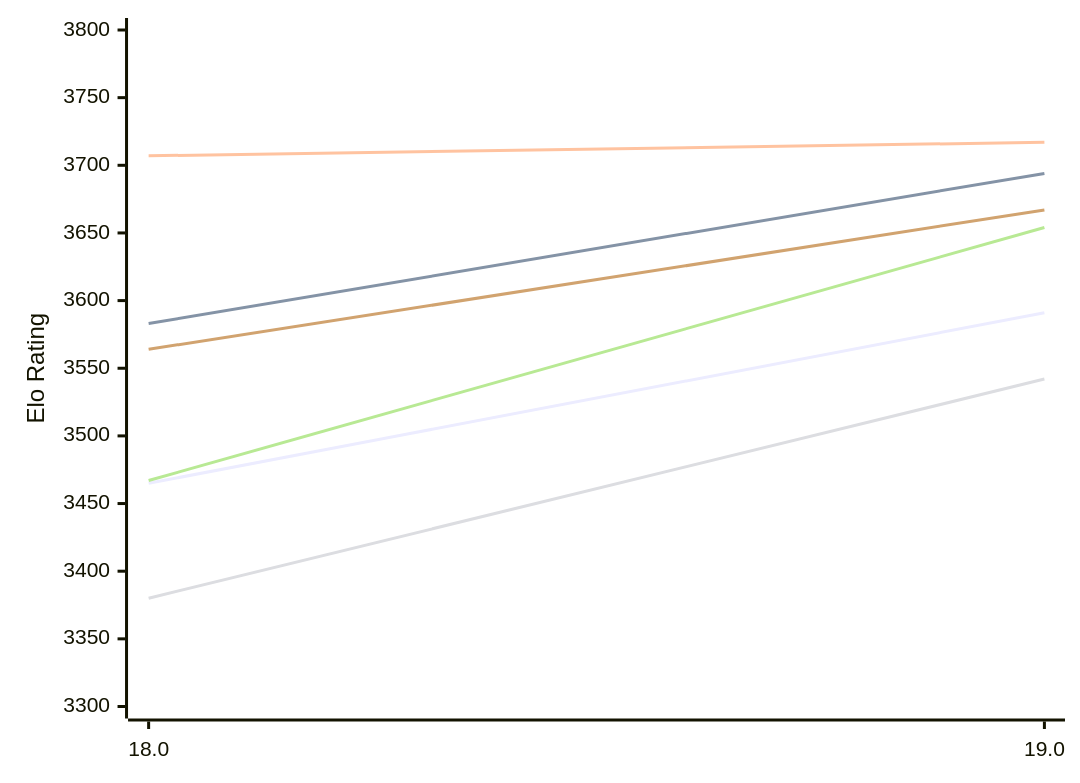
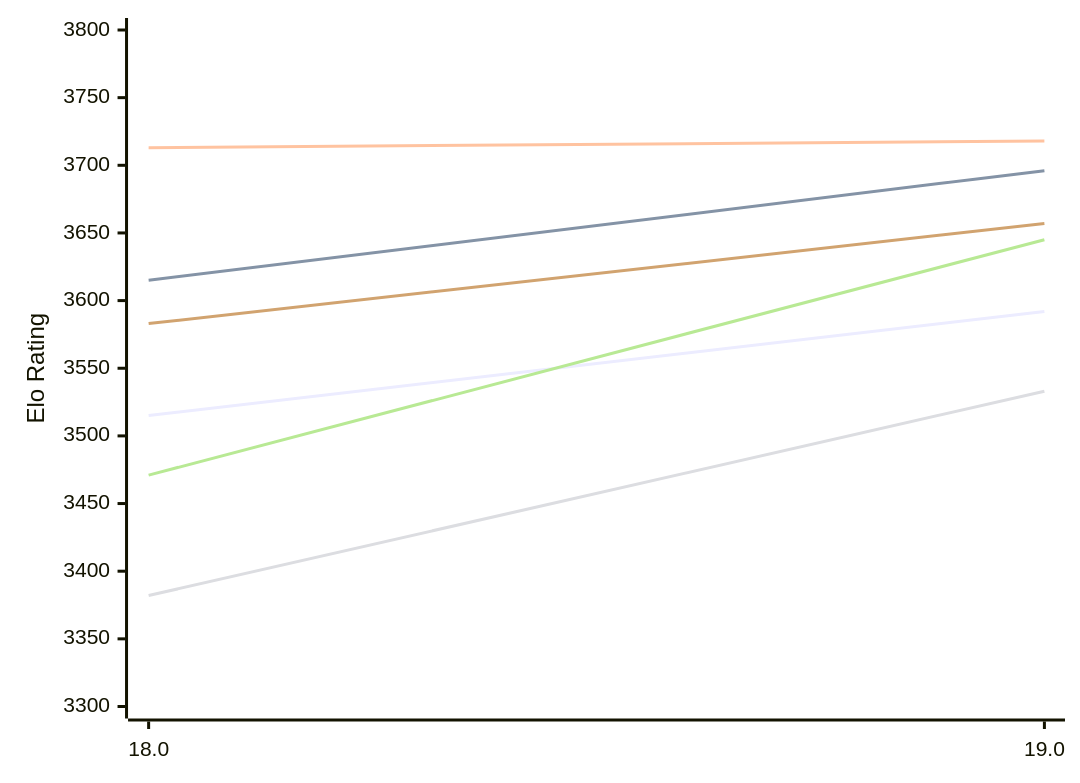
The first of 2 diagrams in engines/Stockfish.md (computer-chess-index/cci), drawn with Mermaid before and after one commit. The commit also changed other lines of this file, not shown here.

Commit message:
Update CCI Ratings (ELO VLTC) - 2026-11-15

````diff
--- a/engines/Stockfish.md
+++ b/engines/Stockfish.md
@@ -64,12 +64,12 @@
 ```mermaid
 %%{init: {"theme":"base","themeVariables":{"seriesColors:['#a3a3a3','#222221','#faa371']}}}%%
 xychart-beta
   x-axis ["18.0", "19.0"]
   y-axis "Elo Rating" 3300 --> 3800
-  line "E1: STC (8.0+0.08s)" [3465, 3591]
-  line "E1: LTC (60.0+0.60s)" [3583, 3694]
-  line "E1: VLTC (2m24s+1.12s)" [3707, 3717]
-  line "P1: STC (8.0+0.08s)" [3380, 3542]
-  line "P1: LTC (60.0+0.60s)" [3467, 3654]
-  line "P1: VLTC (2m24s+1.12s)" [3564, 3667]
+  line "E1: STC (8.0+0.08s)" [3515, 3592]
+  line "E1: LTC (60.0+0.60s)" [3615, 3696]
+  line "E1: VLTC (2m24s+1.12s)" [3713, 3718]
+  line "P1: STC (8.0+0.08s)" [3382, 3533]
+  line "P1: LTC (60.0+0.60s)" [3471, 3645]
+  line "P1: VLTC (2m24s+1.12s)" [3583, 3657]
 ```
````
